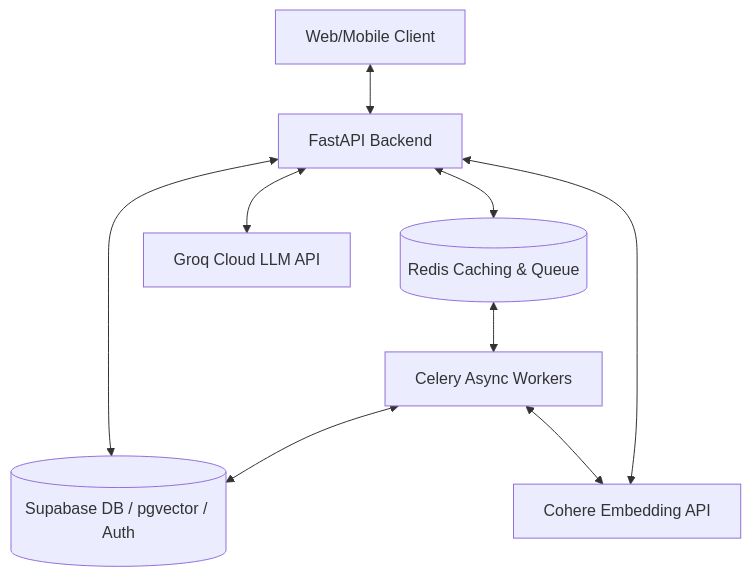
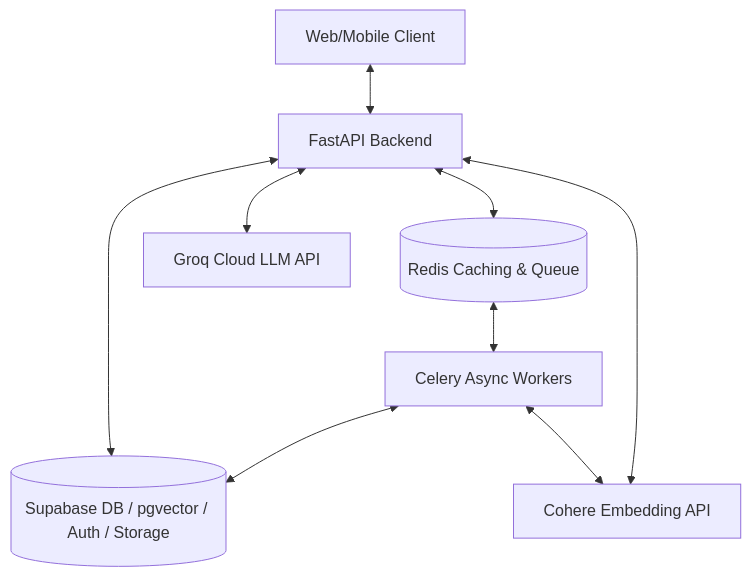
Before and after one commit to Shubham070520/Document-Q-A-System-with-Multi-Role-Access: the first of 4 diagrams in docs/architecture.md, drawn with Mermaid. The commit also changed other lines of this file and 1 other file, not shown here.

Commit message:
docs: add system architecture overview and project implementation plan

````diff
--- a/docs/architecture.md
+++ b/docs/architecture.md
@@ -13,15 +13,15 @@
 ```mermaid
 graph TD
     Client[Web/Mobile Client] <--> FastAPI[FastAPI Backend]
     FastAPI <--> Redis[(Redis Caching & Queue)]
-    FastAPI <--> Supabase[(Supabase DB / pgvector / Auth)]
+    FastAPI <--> Supabase[(Supabase DB / pgvector / Auth / Storage)]
     
     %% Background Workers
     Redis <--> Celery[Celery Async Workers]
     Celery <--> Supabase
     Celery <--> Cohere[Cohere Embedding API]
     
     %% API Services
     FastAPI <--> Cohere
     FastAPI <--> Groq[Groq Cloud LLM API]
 ```
````
